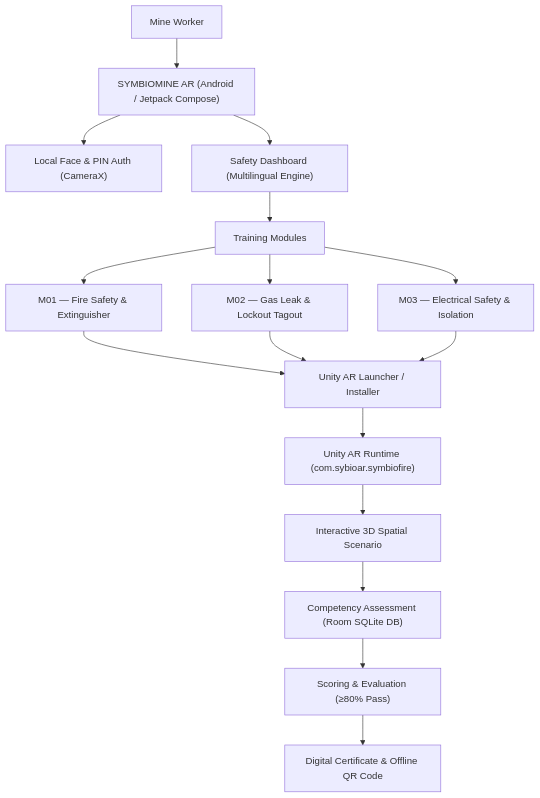
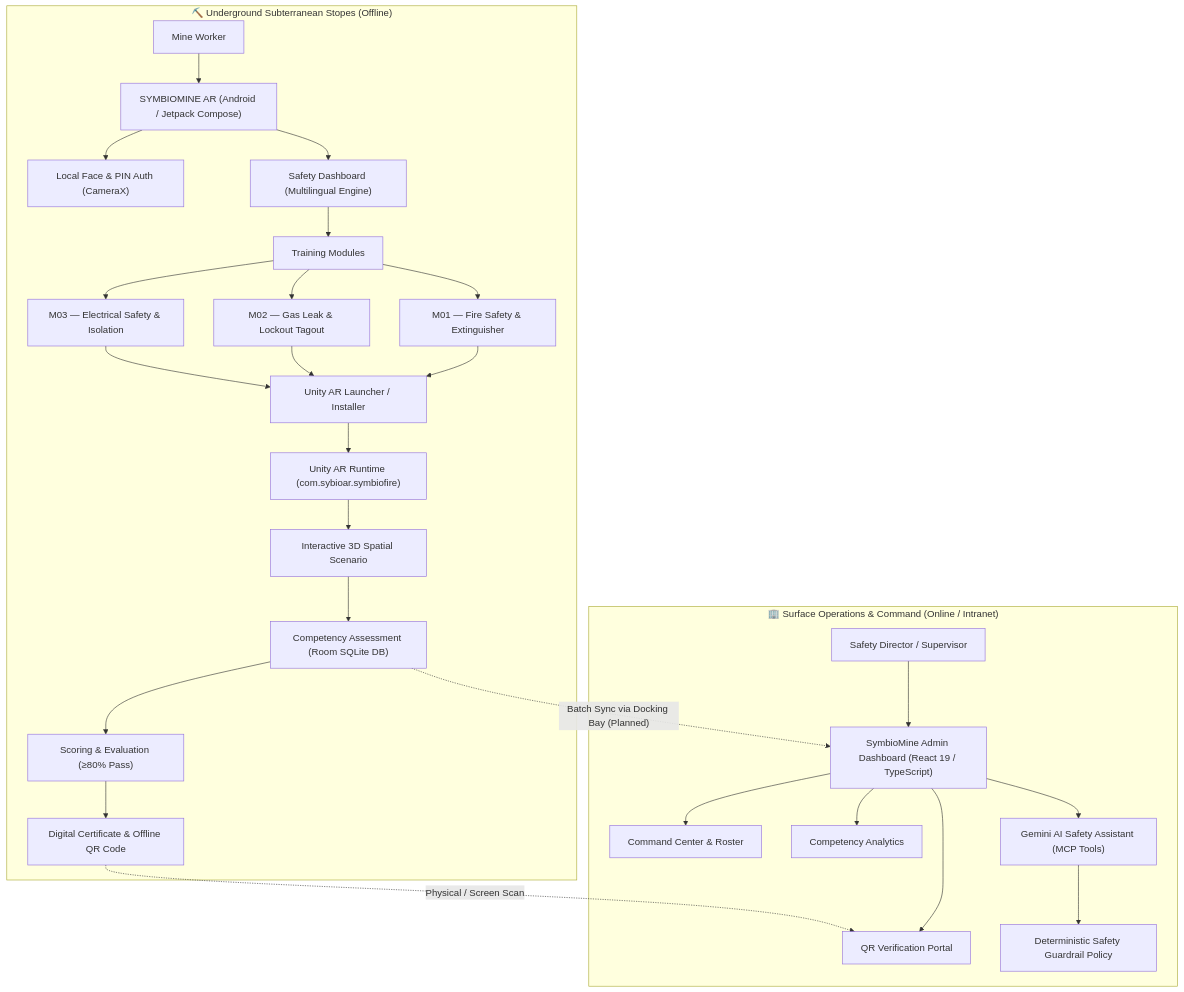
The first of 3 diagrams in README.md (SriDesiyan/SYMBIOMINE), drawn with Mermaid before and after one commit. The commit also changed other lines of this file and 66 other files, not shown here.

First line of the commit message:
feat(dashboard): integrate SymbioMine AR Admin Dashboard as independent web module

````diff
--- a/README.md
+++ b/README.md
@@ -78,22 +102,36 @@
 ```mermaid
 flowchart TD
-    WORKER["Mine Worker"] --> APP["SYMBIOMINE AR (Android / Jetpack Compose)"]
-    APP --> AUTH["Local Face & PIN Auth (CameraX)"]
-    APP --> DASH["Safety Dashboard (Multilingual Engine)"]
-    DASH --> MODULES["Training Modules"]
-    
-    MODULES --> M01["M01 — Fire Safety & Extinguisher"]
-    MODULES --> M02["M02 — Gas Leak & Lockout Tagout"]
-    MODULES --> M03["M03 — Electrical Safety & Isolation"]
-    
-    M01 --> LAUNCHER["Unity AR Launcher / Installer"]
-    M02 --> LAUNCHER
-    M03 --> LAUNCHER
-    
-    LAUNCHER --> UNITY["Unity AR Runtime (com.sybioar.symbiofire)"]
-    UNITY --> SIM["Interactive 3D Spatial Scenario"]
-    
-    SIM --> ASSESS["Competency Assessment (Room SQLite DB)"]
-    ASSESS --> EVAL["Scoring & Evaluation (≥80% Pass)"]
-    EVAL --> CERT["Digital Certificate & Offline QR Code"]
+    subgraph FIELD["⛏️ Underground Subterranean Stopes (Offline)"]
+        WORKER["Mine Worker"] --> APP["SYMBIOMINE AR (Android / Jetpack Compose)"]
+        APP --> AUTH["Local Face & PIN Auth (CameraX)"]
+        APP --> DASH["Safety Dashboard (Multilingual Engine)"]
+        DASH --> MODULES["Training Modules"]
+        
+        MODULES --> M01["M01 — Fire Safety & Extinguisher"]
+        MODULES --> M02["M02 — Gas Leak & Lockout Tagout"]
+        MODULES --> M03["M03 — Electrical Safety & Isolation"]
+        
+        M01 --> LAUNCHER["Unity AR Launcher / Installer"]
+        M02 --> LAUNCHER
+        M03 --> LAUNCHER
+        
+        LAUNCHER --> UNITY["Unity AR Runtime (com.sybioar.symbiofire)"]
+        UNITY --> SIM["Interactive 3D Spatial Scenario"]
+        
+        SIM --> ASSESS["Competency Assessment (Room SQLite DB)"]
+        ASSESS --> EVAL["Scoring & Evaluation (≥80% Pass)"]
+        EVAL --> CERT["Digital Certificate & Offline QR Code"]
+    end
+
+    subgraph SURFACE["🏢 Surface Operations & Command (Online / Intranet)"]
+        ADMIN["Safety Director / Supervisor"] --> WEB["SymbioMine Admin Dashboard (React 19 / TypeScript)"]
+        WEB --> CMD["Command Center & Roster"]
+        WEB --> ANALYTICS["Competency Analytics"]
+        WEB --> SCAN["QR Verification Portal"]
+        WEB --> AI["Gemini AI Safety Assistant (MCP Tools)"]
+        AI --> GUARD["Deterministic Safety Guardrail Policy"]
+    end
+
+    CERT -.->|"Physical / Screen Scan"| SCAN
+    ASSESS -.->|"Batch Sync via Docking Bay (Planned)"| WEB
 ```
````
